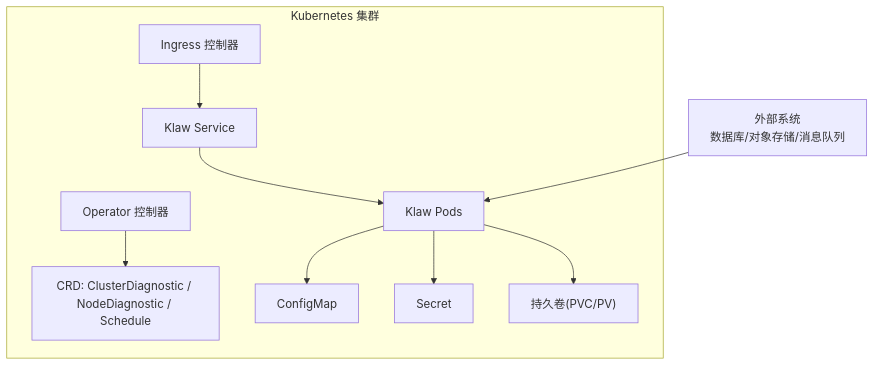
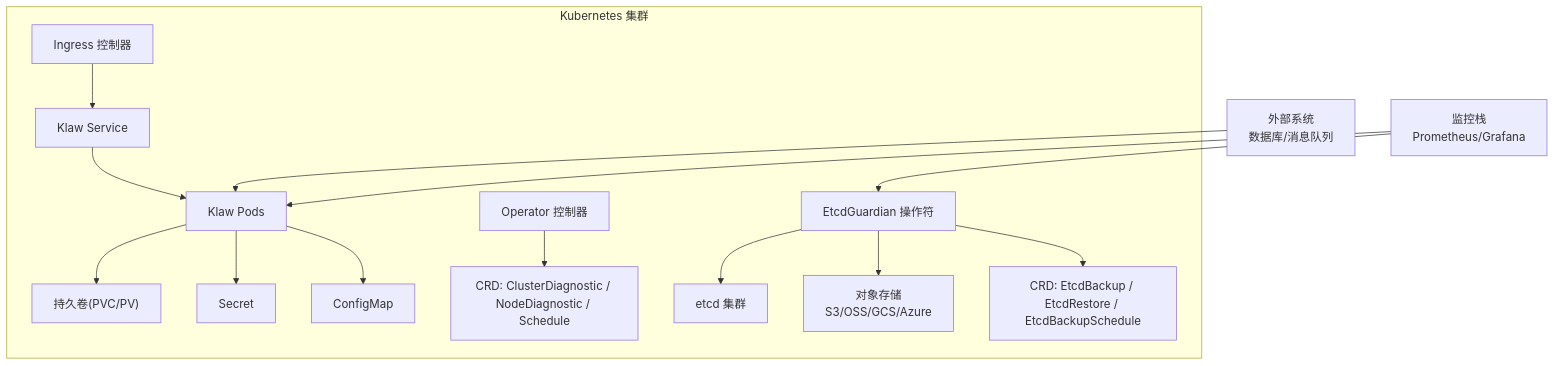
Before and after one commit to kudig-io/klaw: the second of 6 diagrams in .qoder/repowiki/zh/content/安装部署/Kubernetes集群部署/Kubernetes集群部署.md, drawn with Mermaid. The commit also changed other lines of this file and 237 other files, not shown here.

````diff
--- a/.qoder/repowiki/zh/content/安装部署/Kubernetes集群部署/Kubernetes集群部署.md
+++ b/.qoder/repowiki/zh/content/安装部署/Kubernetes集群部署/Kubernetes集群部署.md
@@ -100,12 +113,17 @@
 ```mermaid
 graph TB
 subgraph "Kubernetes 集群"
 I["Ingress 控制器"] --> S["Klaw Service"]
 S --> P["Klaw Pods"]
 O["Operator 控制器"] --> CRD["CRD: ClusterDiagnostic / NodeDiagnostic / Schedule"]
+EG["EtcdGuardian 操作符"] --> EGCRD["CRD: EtcdBackup / EtcdRestore / EtcdBackupSchedule"]
 P --> CM["ConfigMap"]
 P --> SEC["Secret"]
 P --> PV["持久卷(PVC/PV)"]
+EG --> S3["对象存储<br/>S3/OSS/GCS/Azure"]
+EG --> ETCD["etcd 集群"]
 end
-EXT["外部系统<br/>数据库/对象存储/消息队列"] --> P
+EXT["外部系统<br/>数据库/消息队列"] --> P
+MON["监控栈<br/>Prometheus/Grafana"] --> EG
+MON --> P
 ```
````
